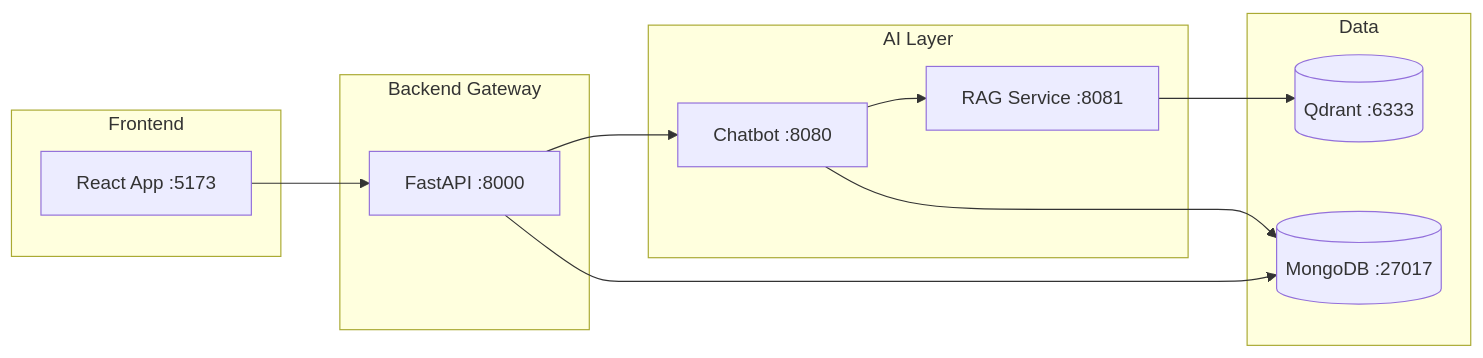
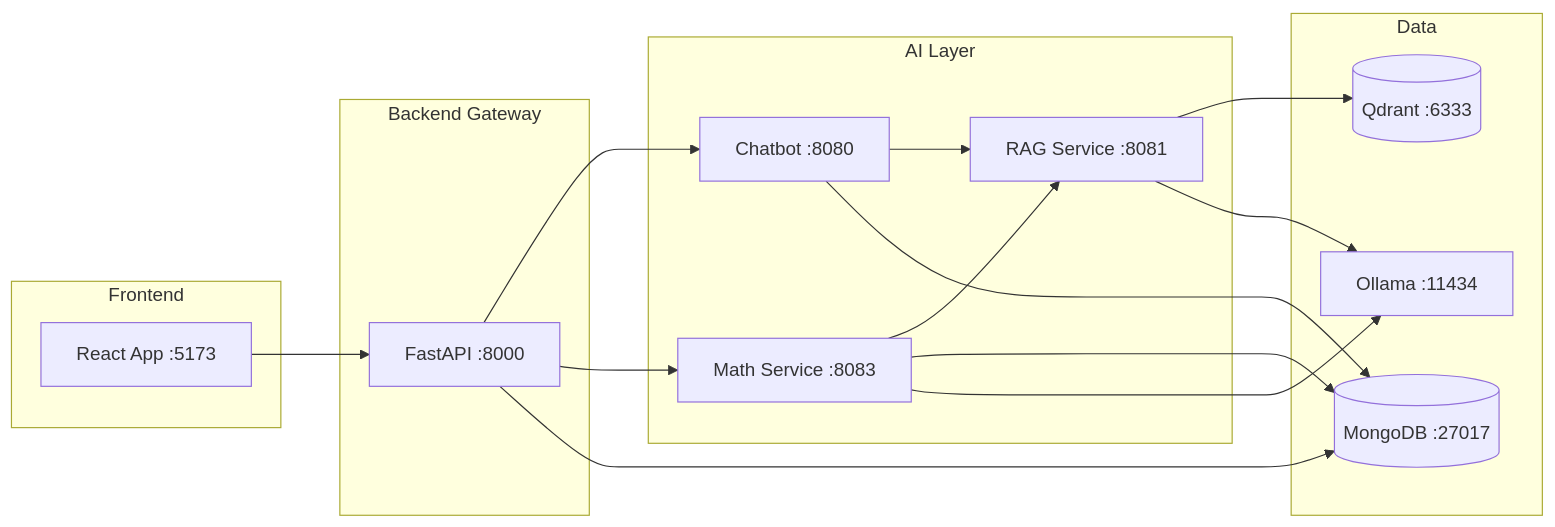
One commit to GabrielFranciscoSM/TFG-Chatbot changed the diagram in docs/services/index.md. Above: the diagram before and after it, drawn with Mermaid. The commit also changed other lines of this file and 12 other files, not shown here.

Commit message:
docs(#131): add math service ADRs and docs

````diff
--- a/docs/services/index.md
+++ b/docs/services/index.md
@@ -15,27 +15,34 @@
 ```mermaid
 flowchart LR
     subgraph Frontend
         UI[React App :5173]
     end
     
     subgraph Backend["Backend Gateway"]
         API[FastAPI :8000]
     end
     
     subgraph AI["AI Layer"]
         Chatbot[Chatbot :8080]
         RAG[RAG Service :8081]
+        Math[Math Service :8083]
     end
     
     subgraph Data
         MongoDB[(MongoDB :27017)]
         Qdrant[(Qdrant :6333)]
+        Ollama[Ollama :11434]
     end
     
     UI --> API
     API --> Chatbot
+    API --> Math
     Chatbot --> RAG
     Chatbot --> MongoDB
+    Math --> RAG
+    Math --> MongoDB
+    Math --> Ollama
     RAG --> Qdrant
+    RAG --> Ollama
     API --> MongoDB
 ```
````
